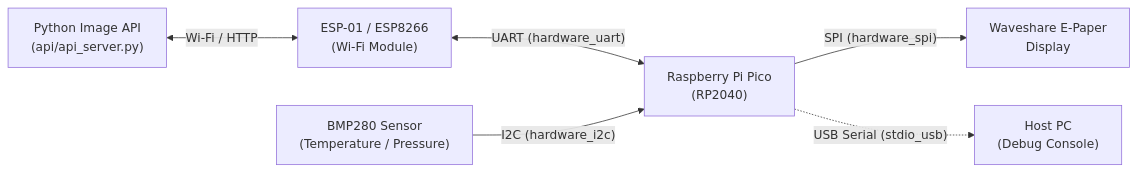
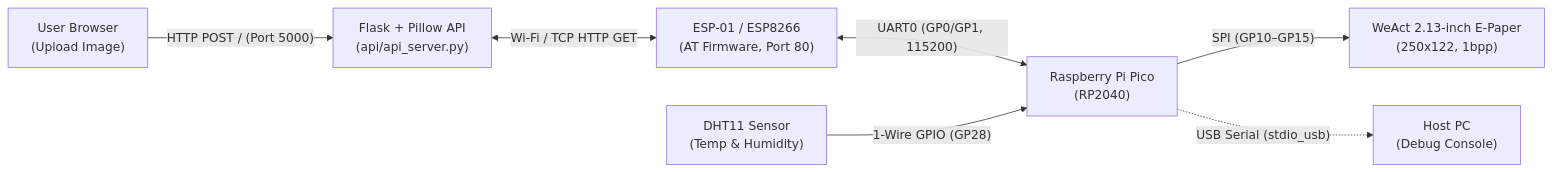
Before and after one commit to Tonycode-MX/Sentinel_Epaper_IoT: the diagram in README.md, drawn with Mermaid. The commit also changed other lines of this file, not shown here.

````diff
--- a/README.md
+++ b/README.md
@@ -36,8 +38,9 @@
 ```mermaid
 flowchart LR
-    API["Python Image API\n(api/api_server.py)"] <-->|"Wi-Fi / HTTP"| ESP["ESP-01 / ESP8266\n(Wi-Fi Module)"]
-    ESP <-->|"UART (hardware_uart)"| PICO["Raspberry Pi Pico\n(RP2040)"]
-    BMP["BMP280 Sensor\n(Temperature / Pressure)"] -->|"I2C (hardware_i2c)"| PICO
-    PICO -->|"SPI (hardware_spi)"| EPD["Waveshare E-Paper\nDisplay"]
+    USER["User Browser\n(Upload Image)"] -->|"HTTP POST / (Port 5000)"| API["Flask + Pillow API\n(api/api_server.py)"]
+    API <-->|"Wi-Fi / TCP HTTP GET"| ESP["ESP-01 / ESP8266\n(AT Firmware, Port 80)"]
+    ESP <-->|"UART0 (GP0/GP1, 115200)"| PICO["Raspberry Pi Pico\n(RP2040)"]
+    DHT["DHT11 Sensor\n(Temp & Humidity)"] -->|"1-Wire GPIO (GP28)"| PICO
+    PICO -->|"SPI (GP10–GP15)"| EPD["WeAct 2.13-inch E-Paper\n(250x122, 1bpp)"]
     PICO -.->|"USB Serial (stdio_usb)"| PC["Host PC\n(Debug Console)"]
 ```
````
